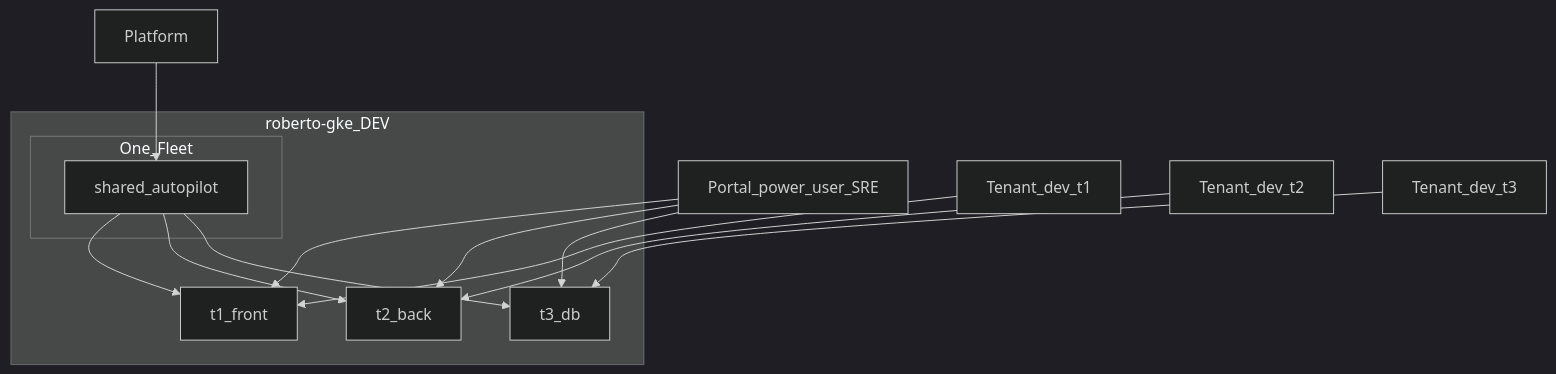
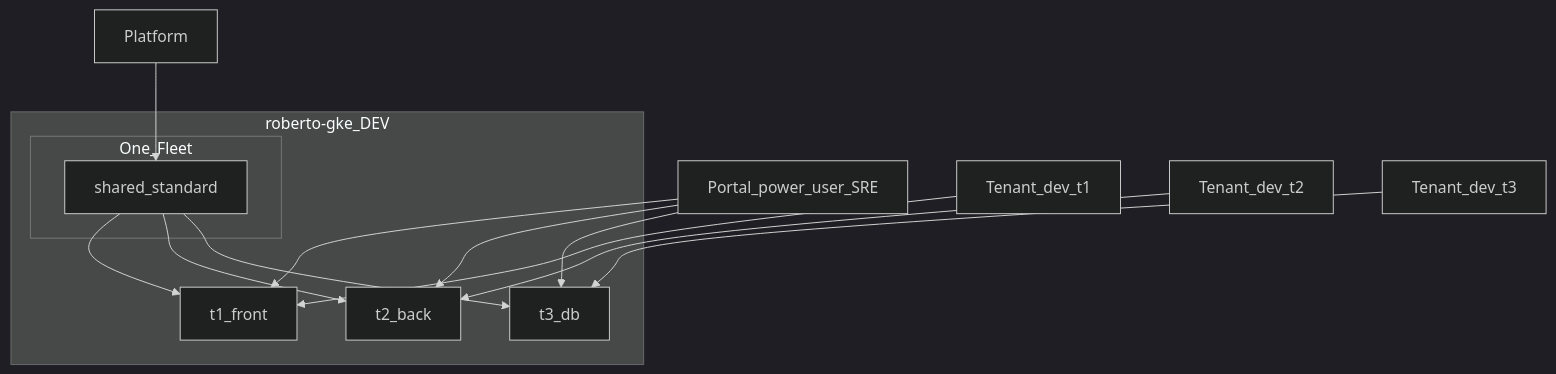
One commit to crobai/gke-fabric-demo changed the diagram in docs/IDP-GKE-POC-FLEETS-TENANTS.md. Above: the diagram before and after it, drawn with Mermaid (dark theme). The commit also changed other lines of this file and 16 other files, not shown here.

````diff
--- a/docs/IDP-GKE-POC-FLEETS-TENANTS.md
+++ b/docs/IDP-GKE-POC-FLEETS-TENANTS.md
@@ -23,18 +25,18 @@
 ```mermaid
 flowchart TB
   subgraph project [roberto-gke_DEV]
     subgraph fleet [One_Fleet]
-      c1[shared_autopilot]
+      c1[shared_standard]
     end
     c1 --> ns1[t1_front]
     c1 --> ns2[t2_back]
     c1 --> ns3[t3_db]
   end
   plat[Platform] --> c1
   sre[Portal_power_user_SRE] --> ns1
   sre --> ns2
   sre --> ns3
   t1[Tenant_dev_t1] --> ns1
   t2[Tenant_dev_t2] --> ns2
   t3[Tenant_dev_t3] --> ns3
 ```
````
